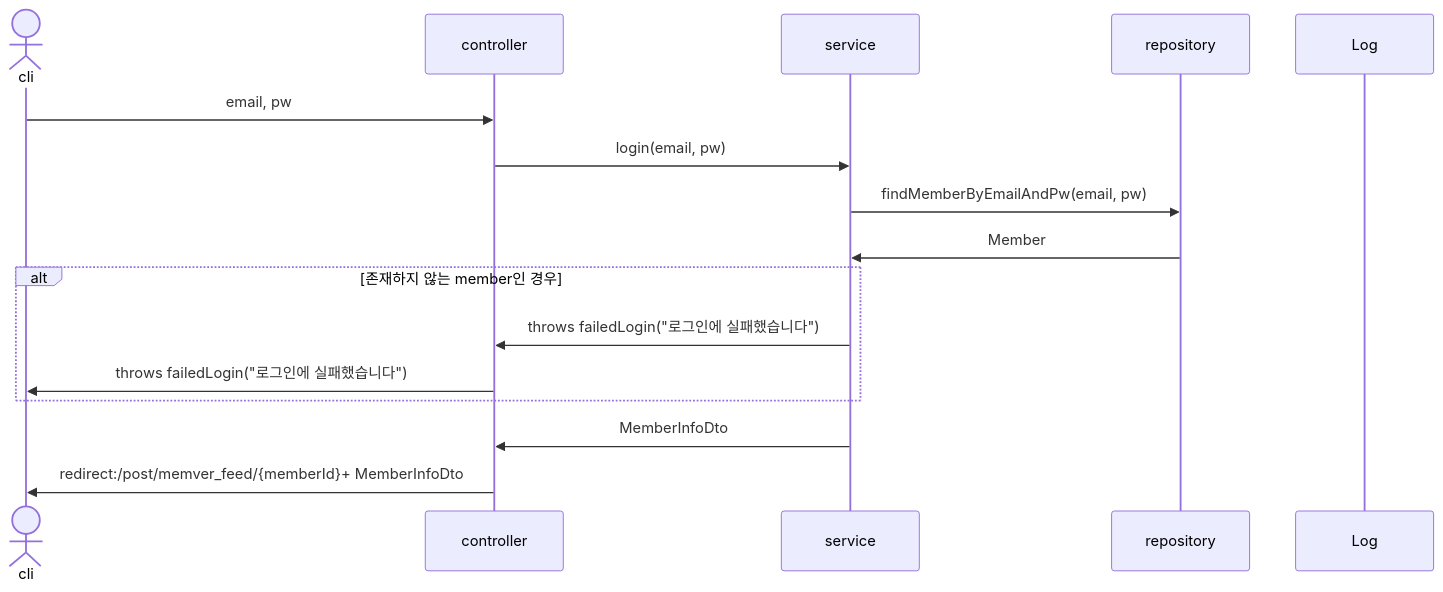
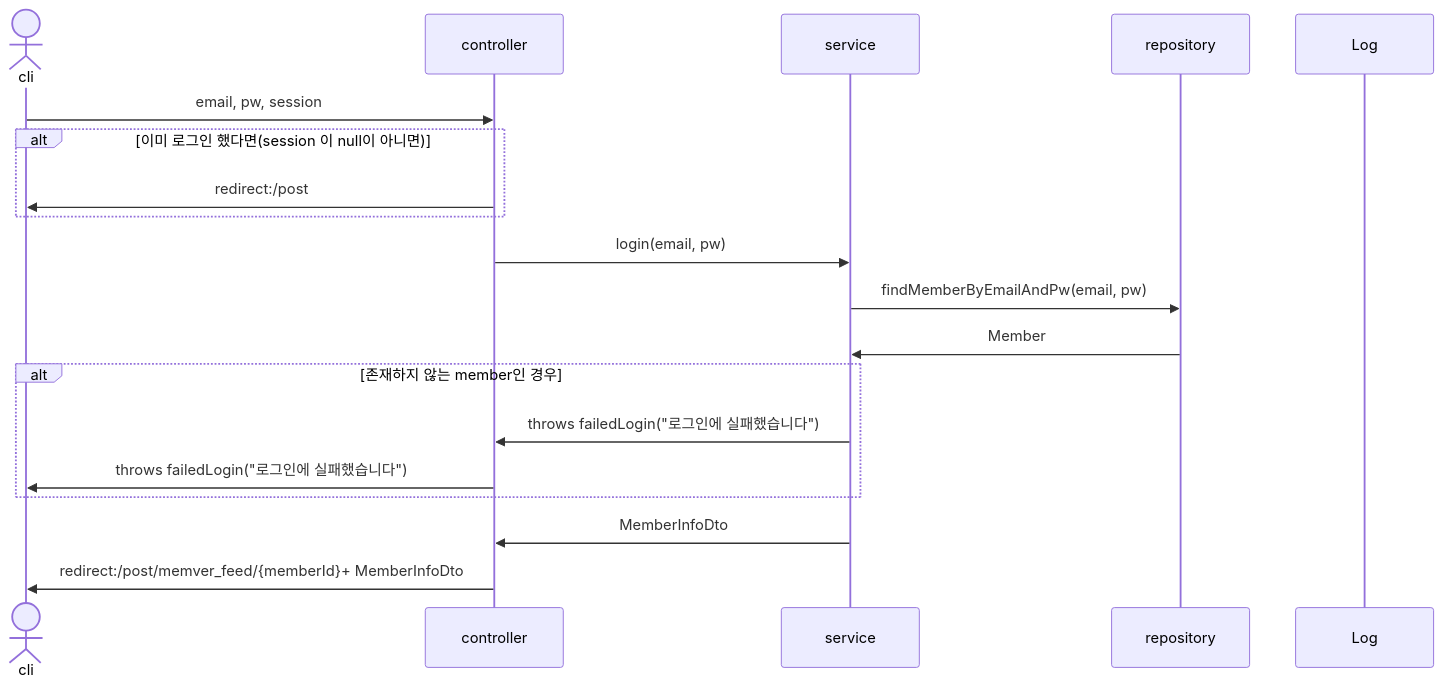
Before and after one commit to mtak0235/snsX: diagram 11 of 32 in sequence.md, drawn with Mermaid. The commit also changed 2 other files, not shown here.

Commit message:
#42 이미 로그인 한 상태로 로그인 페이지 접근시 /post로 redirection

````diff
--- a/sequence.md
+++ b/sequence.md
@@ -281,19 +281,22 @@
 ```mermaid
 sequenceDiagram
 actor cli
 participant c as controller
 participant s as service
 participant r as repository
 participant l as Log
 
-cli->>c: email, pw
+cli->>c: email, pw, session
+alt 이미 로그인 했다면(session 이 null이 아니면)
+c->>cli: redirect:/post
+end
 c->>s: login(email, pw)
 s->>r: findMemberByEmailAndPw(email, pw)
 r->>s: Member
 alt 존재하지 않는 member인 경우
 s->>c: throws failedLogin("로그인에 실패했습니다")
 c->>cli: throws failedLogin("로그인에 실패했습니다")
 end
 s->>c: MemberInfoDto
 c->>cli: redirect:/post/memver_feed/{memberId}+ MemberInfoDto
 ```
````
